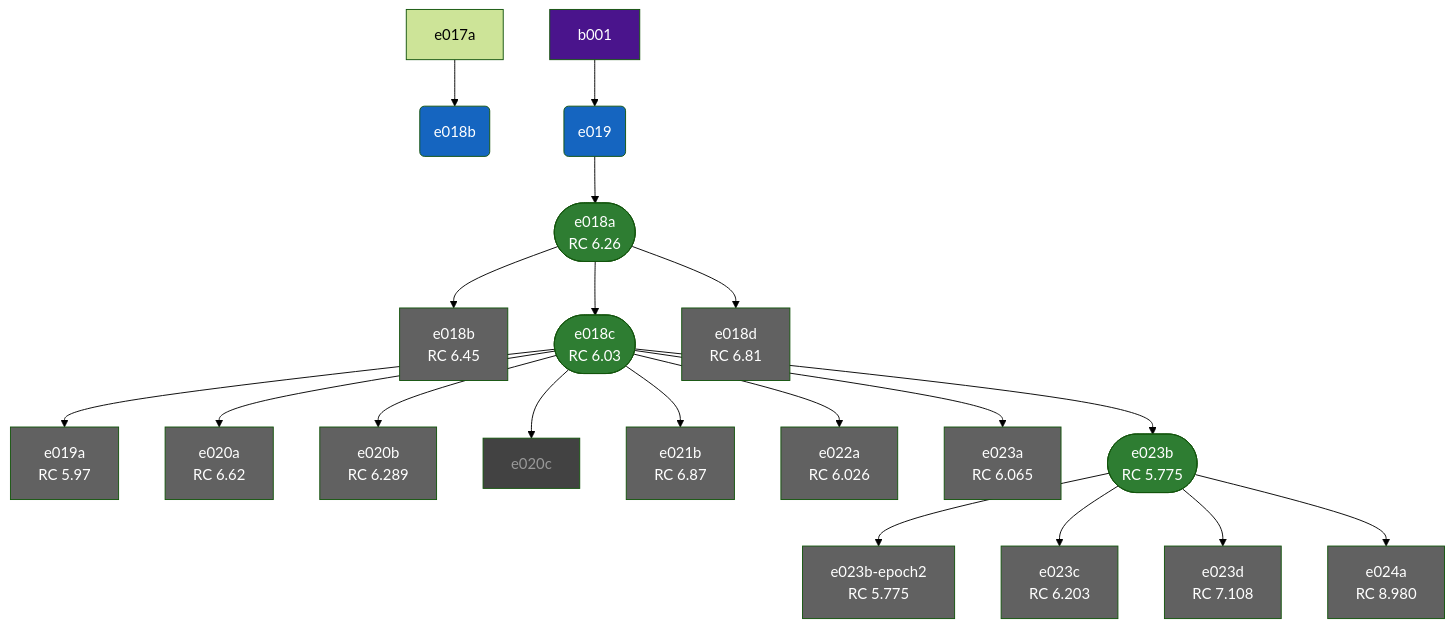
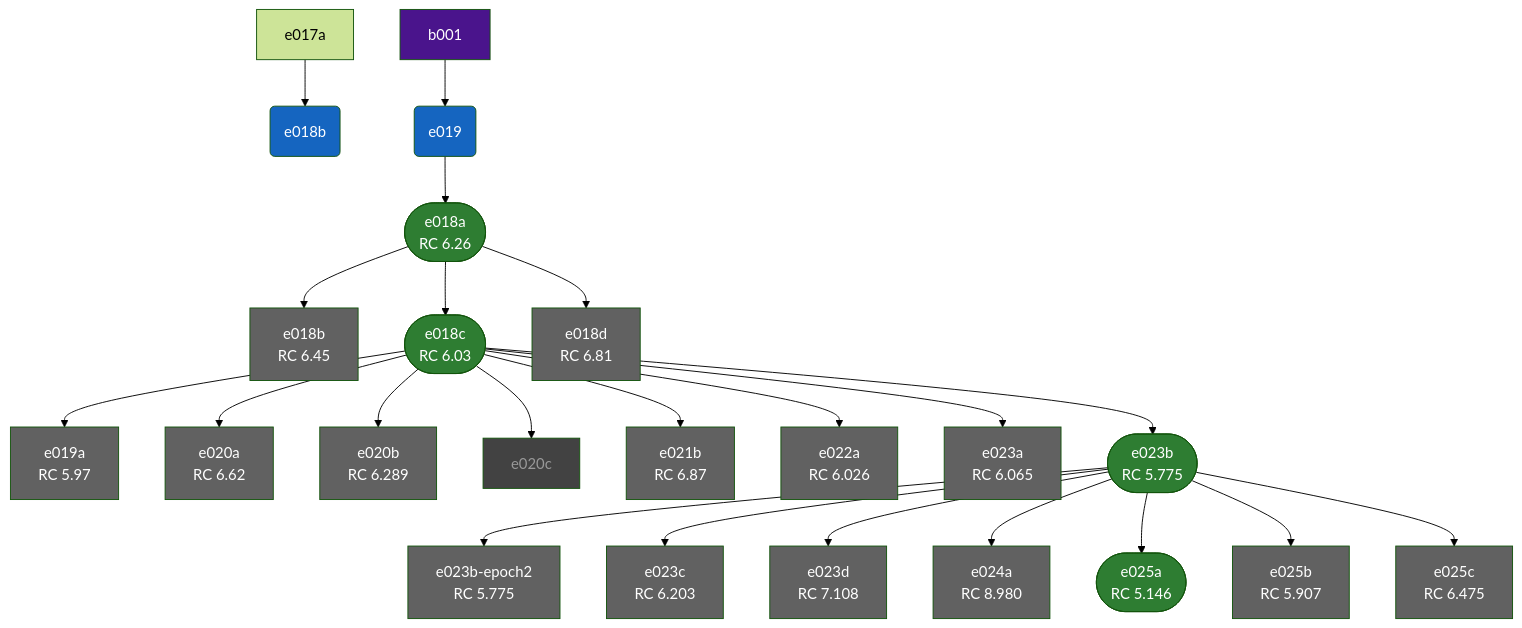
One commit to ScavieFae/autonomous-world-model changed the diagram in docs/experiments/index.md. Above: the diagram before and after it, drawn with Mermaid (forest theme). The commit also changed other lines of this file and 10 other files, not shown here.

````diff
--- a/docs/experiments/index.md
+++ b/docs/experiments/index.md
@@ -11,59 +11,68 @@
 ```mermaid
 flowchart TD
     b001["b001"]
     e018a_self_forcing(["e018a\nRC 6.26"])
     e018b_rollout_coherence_eval("e018b")
     e018b_self_forcing_n5["e018b\nRC 6.45"]
     e018c_rolling_context_window(["e018c\nRC 6.03"])
     e018d_horizon_weighted_loss["e018d\nRC 6.81"]
     e019_baseline("e019")
     e019a_context_k50["e019a\nRC 5.97"]
     e020a_sf_ratio_10["e020a\nRC 6.62"]
     e020b_sf_ratio_30["e020b\nRC 6.289"]
     e020c_sf_n4["e020c"]
     e021b_selective_bptt["e021b\nRC 6.87"]
     e022a_bs256["e022a\nRC 6.026"]
     e023a_dmodel192["e023a\nRC 6.065"]
     e023b_dmodel768(["e023b\nRC 5.775"])
     e023b_epoch2["e023b-epoch2\nRC 5.775"]
     e023c_dmodel512["e023c\nRC 6.203"]
     e023d_nlayers8["e023d\nRC 7.108"]
     e024a_full_bptt["e024a\nRC 8.980"]
+    e025a_lr_warmup(["e025a\nRC 5.146"])
+    e025b_loss_reweight["e025b\nRC 5.907"]
+    e025c_layer_dropout["e025c\nRC 6.475"]
     e019_baseline --> e018a_self_forcing
     e017a --> e018b_rollout_coherence_eval
     e018a_self_forcing --> e018b_self_forcing_n5
     e018a_self_forcing --> e018c_rolling_context_window
     e018a_self_forcing --> e018d_horizon_weighted_loss
     b001 --> e019_baseline
     e018c_rolling_context_window --> e019a_context_k50
     e018c_rolling_context_window --> e020a_sf_ratio_10
     e018c_rolling_context_window --> e020b_sf_ratio_30
     e018c_rolling_context_window --> e020c_sf_n4
     e018c_rolling_context_window --> e021b_selective_bptt
     e018c_rolling_context_window --> e022a_bs256
     e018c_rolling_context_window --> e023a_dmodel192
     e018c_rolling_context_window --> e023b_dmodel768
     e023b_dmodel768 --> e023b_epoch2
     e023b_dmodel768 --> e023c_dmodel512
     e023b_dmodel768 --> e023d_nlayers8
     e023b_dmodel768 --> e024a_full_bptt
+    e023b_dmodel768 --> e025a_lr_warmup
+    e023b_dmodel768 --> e025b_loss_reweight
+    e023b_dmodel768 --> e025c_layer_dropout
     style e018a_self_forcing fill:#2e7d32,color:#fff
     style e018b_rollout_coherence_eval fill:#1565c0,color:#fff
     style e018b_self_forcing_n5 fill:#616161,color:#fff
     style e018c_rolling_context_window fill:#2e7d32,color:#fff
     style e018d_horizon_weighted_loss fill:#616161,color:#fff
     style e019_baseline fill:#1565c0,color:#fff
     style e019a_context_k50 fill:#616161,color:#fff
     style e020a_sf_ratio_10 fill:#616161,color:#fff
     style e020b_sf_ratio_30 fill:#616161,color:#fff
     style e020c_sf_n4 fill:#424242,color:#999
     style e021b_selective_bptt fill:#616161,color:#fff
     style e022a_bs256 fill:#616161,color:#fff
     style e023a_dmodel192 fill:#616161,color:#fff
     style e023b_dmodel768 fill:#2e7d32,color:#fff
     style e023b_epoch2 fill:#616161,color:#fff
     style e023c_dmodel512 fill:#616161,color:#fff
     style e023d_nlayers8 fill:#616161,color:#fff
     style e024a_full_bptt fill:#616161,color:#fff
+    style e025a_lr_warmup fill:#2e7d32,color:#fff
+    style e025b_loss_reweight fill:#616161,color:#fff
+    style e025c_layer_dropout fill:#616161,color:#fff
     style b001 fill:#4a148c,color:#fff
 ```
````
